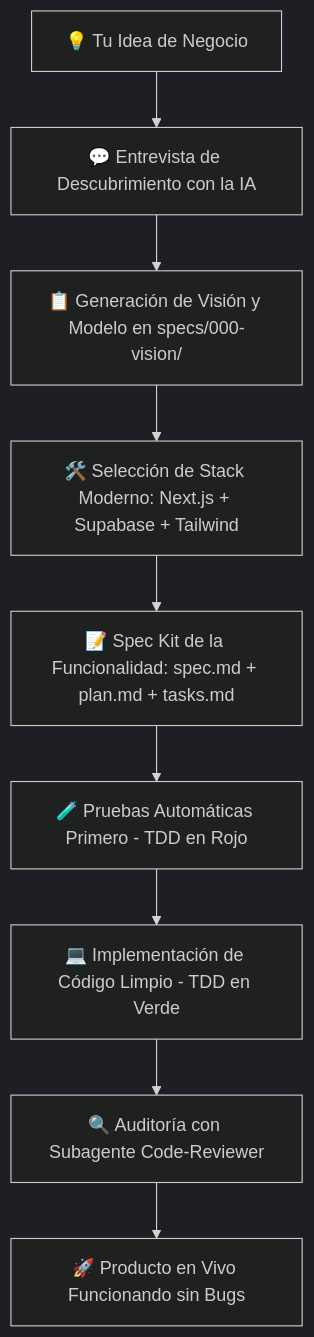
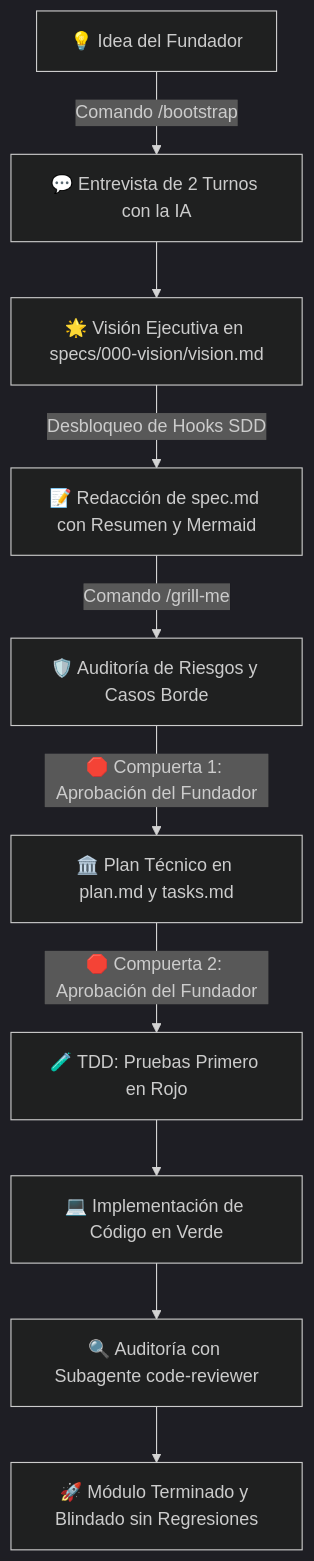
The diagram in README.md (GersoniaUrb/startup-agent-template), drawn with Mermaid (dark theme) before and after one commit. The commit also changed other lines of this file and 42 other files, not shown here.

Commit message:
feat(canvas): elevar a estandar agéntico mundial con hooks deterministas, compuertas y soporte simétrico Antigravity/Claude/Cursor

````diff
--- a/README.md
+++ b/README.md
@@ -23,11 +23,12 @@
 ```mermaid
 flowchart TD
-    A[💡 Tu Idea de Negocio] --> B[💬 Entrevista de Descubrimiento con la IA]
-    B --> C[📋 Generación de Visión y Modelo en specs/000-vision/]
-    C --> D[🛠️ Selección de Stack Moderno: Next.js + Supabase + Tailwind]
-    D --> E[📝 Spec Kit de la Funcionalidad: spec.md + plan.md + tasks.md]
-    E --> F[🧪 Pruebas Automáticas Primero - TDD en Rojo]
-    F --> G[💻 Implementación de Código Limpio - TDD en Verde]
-    G --> H[🔍 Auditoría con Subagente Code-Reviewer]
-    H --> I[🚀 Producto en Vivo Funcionando sin Bugs]
+    A[💡 Idea del Fundador] -->|Comando /bootstrap| B[💬 Entrevista de 2 Turnos con la IA]
+    B --> C[🌟 Visión Ejecutiva en specs/000-vision/vision.md]
+    C -->|Desbloqueo de Hooks SDD| D[📝 Redacción de spec.md con Resumen y Mermaid]
+    D -->|Comando /grill-me| E[🛡️ Auditoría de Riesgos y Casos Borde]
+    E -->|🛑 Compuerta 1: Aprobación del Fundador| F[🏛️ Plan Técnico en plan.md y tasks.md]
+    F -->|🛑 Compuerta 2: Aprobación del Fundador| G[🧪 TDD: Pruebas Primero en Rojo]
+    G --> H[💻 Implementación de Código en Verde]
+    H --> I[🔍 Auditoría con Subagente code-reviewer]
+    I --> J[🚀 Módulo Terminado y Blindado sin Regresiones]
 ```
````
